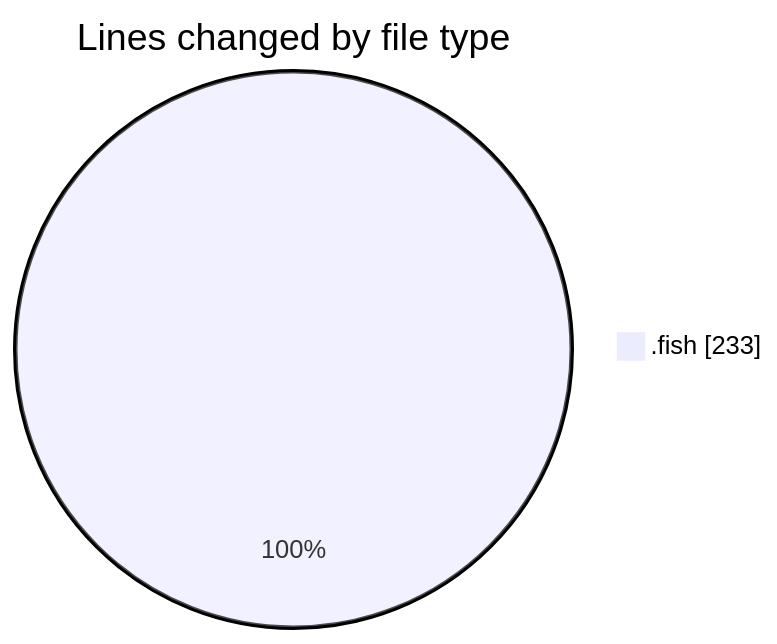
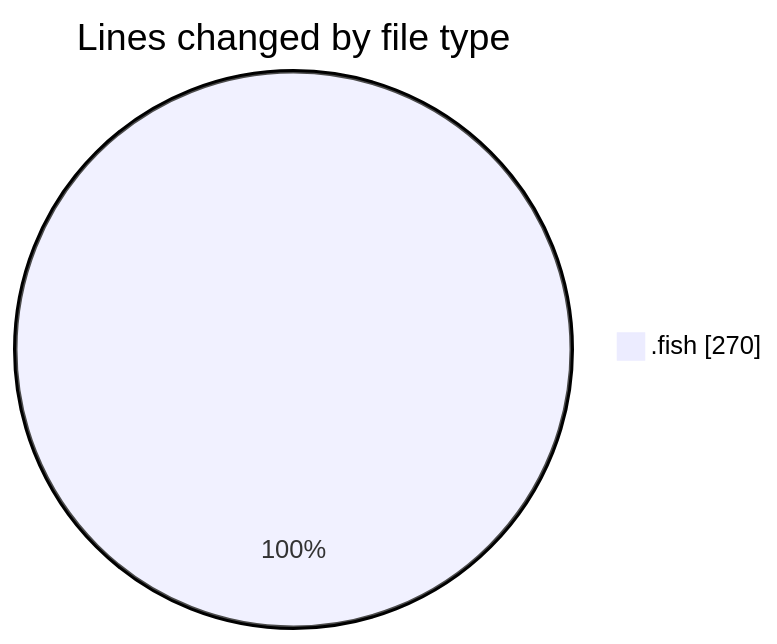
One commit to EIIisD/code-tracking changed the first of 2 diagrams in 2025-07-22/fish/README.md. Above: the diagram before and after it, drawn with Mermaid. The commit also changed other lines of this file and 1 other file, not shown here.

````diff
--- a/2025-07-22/fish/README.md
+++ b/2025-07-22/fish/README.md
@@ -20,5 +21,5 @@
 ```mermaid
 pie showData
 title Lines changed by file type
-".fish" : 233
+".fish" : 270
 ```
````
